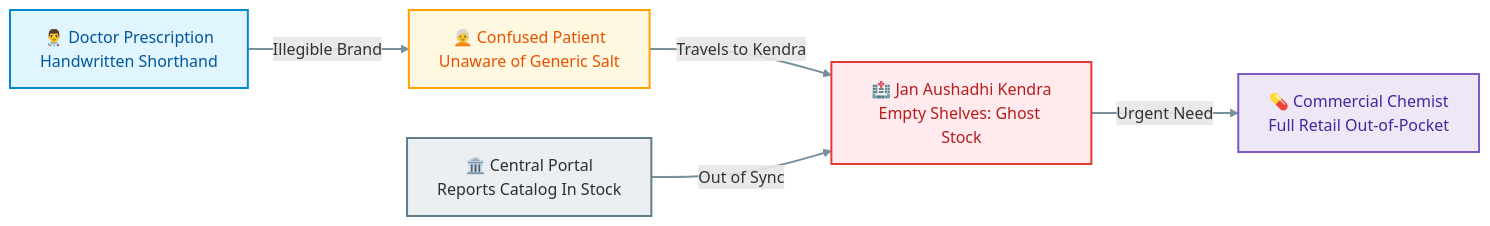
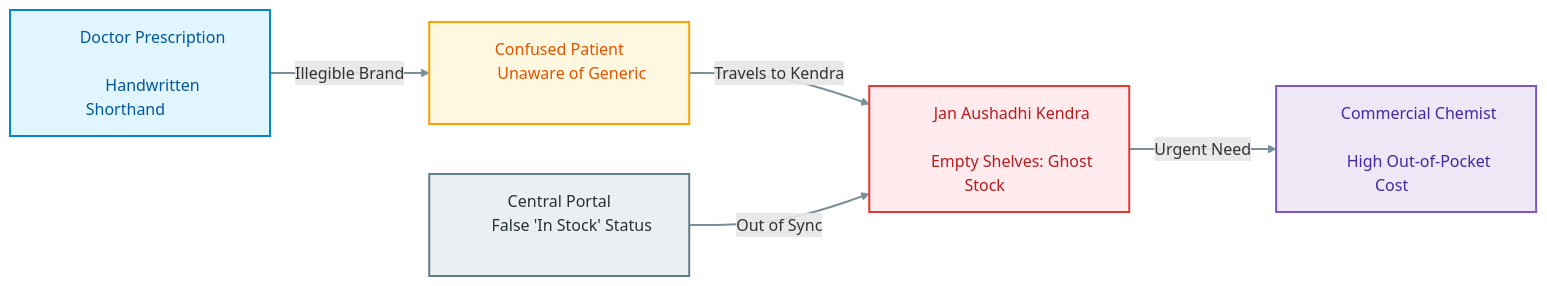
The first of 6 diagrams in README.md (Parth-Chavan-15/MedSetu-TechSprint), drawn with Mermaid before and after one commit. The commit also changed other lines of this file, not shown here.

Commit message:
docs: resolve Mermaid text clipping with non-breaking SVG padding, enhance emulator location tip with ADB CLI option

````diff
--- a/README.md
+++ b/README.md
@@ -45,21 +45,21 @@
 ```mermaid
 flowchart LR
-    RX["👨‍⚕️ Doctor Prescription<br/>Handwritten Shorthand"] -->|Illegible Brand| PATIENT["🧑‍🦳 Confused Patient<br/>Unaware of Generic Salt"]
-    PATIENT -->|Travels to Kendra| KENDRA["🏥 Jan Aushadhi Kendra<br/>Empty Shelves: Ghost Stock"]
-    PORTAL["🏛️ Central Portal<br/>Reports Catalog In Stock"] -->|Out of Sync| KENDRA
-    KENDRA -->|Urgent Need| RETAIL["💊 Commercial Chemist<br/>Full Retail Out-of-Pocket"]
+    RX["&nbsp;&nbsp;&nbsp;&nbsp;&nbsp;&nbsp; Doctor Prescription &nbsp;&nbsp;&nbsp;&nbsp;&nbsp;&nbsp;<br/>&nbsp;&nbsp;&nbsp;&nbsp;&nbsp;&nbsp; Handwritten Shorthand &nbsp;&nbsp;&nbsp;&nbsp;&nbsp;&nbsp;"] -->|Illegible Brand| PATIENT["&nbsp;&nbsp;&nbsp;&nbsp;&nbsp;&nbsp; Confused Patient &nbsp;&nbsp;&nbsp;&nbsp;&nbsp;&nbsp;<br/>&nbsp;&nbsp;&nbsp;&nbsp;&nbsp;&nbsp; Unaware of Generic &nbsp;&nbsp;&nbsp;&nbsp;&nbsp;&nbsp;"]
+    PATIENT -->|Travels to Kendra| KENDRA["&nbsp;&nbsp;&nbsp;&nbsp;&nbsp;&nbsp; Jan Aushadhi Kendra &nbsp;&nbsp;&nbsp;&nbsp;&nbsp;&nbsp;<br/>&nbsp;&nbsp;&nbsp;&nbsp;&nbsp;&nbsp; Empty Shelves: Ghost Stock &nbsp;&nbsp;&nbsp;&nbsp;&nbsp;&nbsp;"]
+    PORTAL["&nbsp;&nbsp;&nbsp;&nbsp;&nbsp;&nbsp; Central Portal &nbsp;&nbsp;&nbsp;&nbsp;&nbsp;&nbsp;<br/>&nbsp;&nbsp;&nbsp;&nbsp;&nbsp;&nbsp; False 'In Stock' Status &nbsp;&nbsp;&nbsp;&nbsp;&nbsp;&nbsp;"] -->|Out of Sync| KENDRA
+    KENDRA -->|Urgent Need| RETAIL["&nbsp;&nbsp;&nbsp;&nbsp;&nbsp;&nbsp; Commercial Chemist &nbsp;&nbsp;&nbsp;&nbsp;&nbsp;&nbsp;<br/>&nbsp;&nbsp;&nbsp;&nbsp;&nbsp;&nbsp; High Out-of-Pocket Cost &nbsp;&nbsp;&nbsp;&nbsp;&nbsp;&nbsp;"]
 
     classDef clinic fill:#E1F5FE,stroke:#0288D1,color:#01579B,stroke-width:2px;
     classDef patient fill:#FFF8E1,stroke:#FFA000,color:#E65100,stroke-width:2px;
     classDef portal fill:#ECEFF1,stroke:#607D8B,color:#263238,stroke-width:2px;
     classDef kendra fill:#FFEBEE,stroke:#E53935,color:#B71C1C,stroke-width:2px;
     classDef retail fill:#EDE7F6,stroke:#7E57C2,color:#4527A0,stroke-width:2px;
 
     class RX clinic;
     class PATIENT patient;
     class PORTAL portal;
     class KENDRA kendra;
     class RETAIL retail;
 
     linkStyle default stroke:#78909C,stroke-width:2px;
 ```
````
